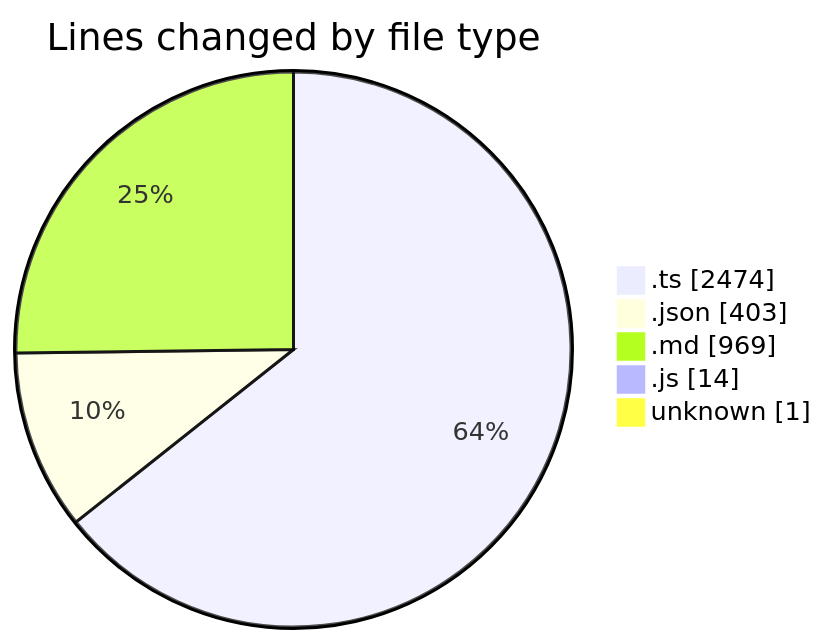
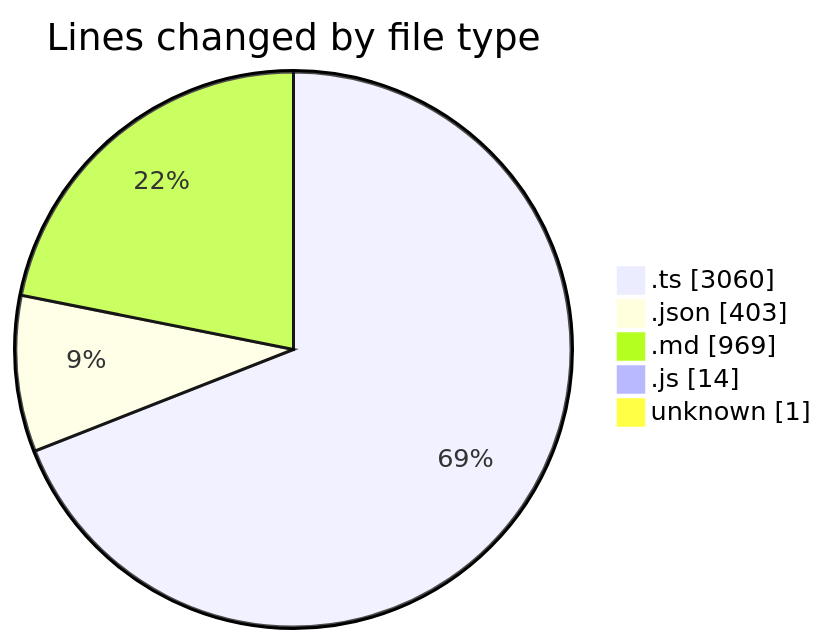
Before and after one commit to ernivani/code-tracking: the first of 2 diagrams in 2025-01-03/my-code-activity-ext/README.md, drawn with Mermaid. The commit also changed other lines of this file and 6 other files, not shown here.

````diff
--- a/2025-01-03/my-code-activity-ext/README.md
+++ b/2025-01-03/my-code-activity-ext/README.md
@@ -35,9 +35,9 @@
 ```mermaid
 pie showData
 title Lines changed by file type
-".ts" : 2474
+".ts" : 3060
 ".json" : 403
 ".md" : 969
 ".js" : 14
 "unknown" : 1
 ```
````
